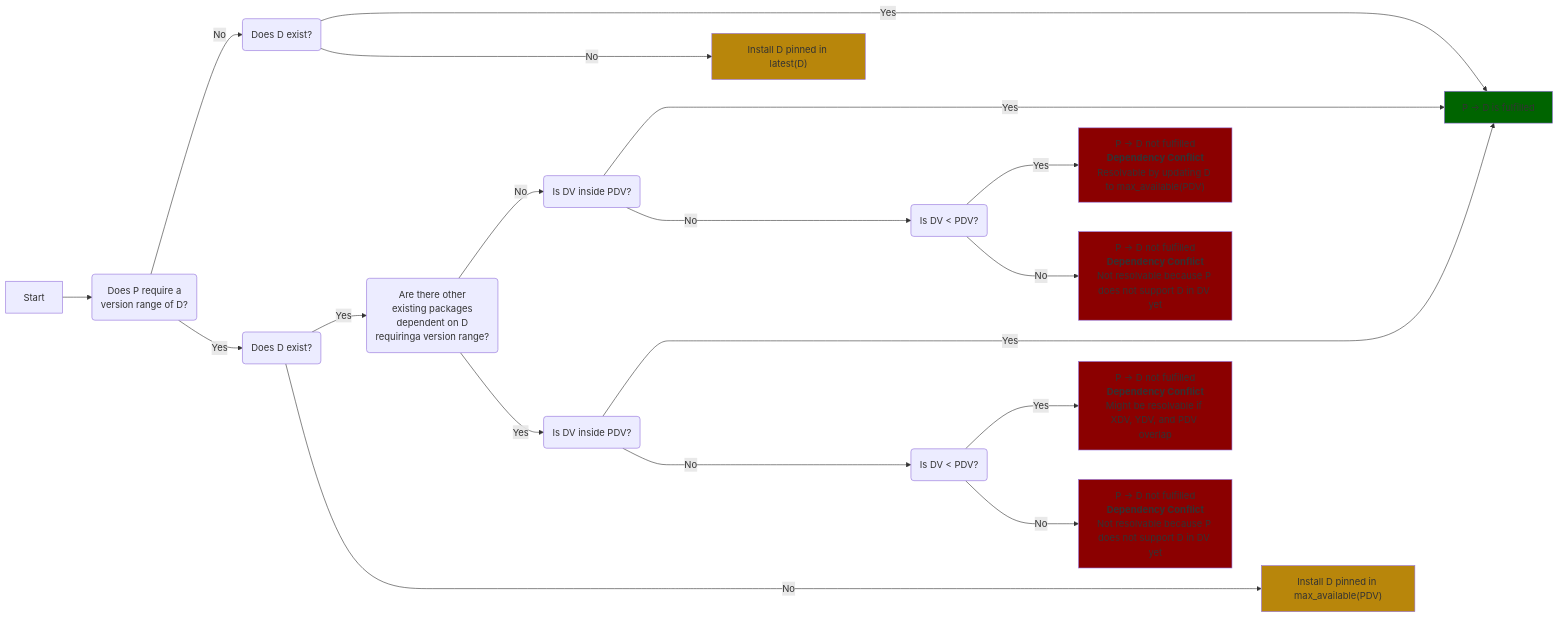
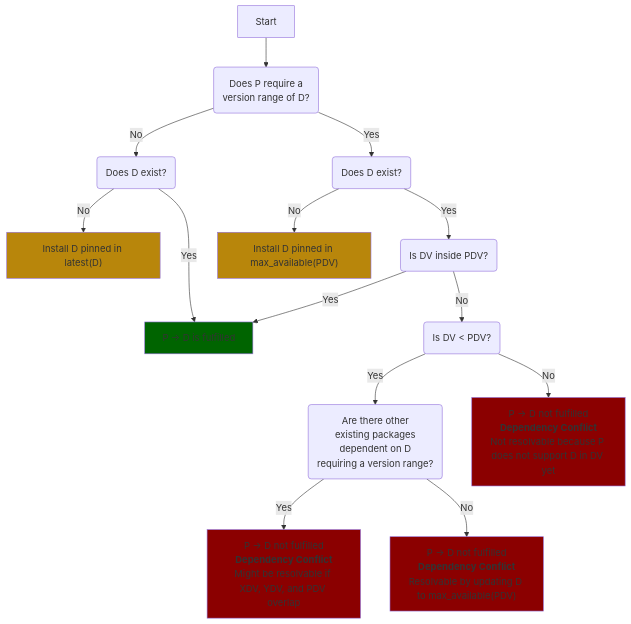
Before and after one commit to glasskube/glasskube: the diagram in website/docs/05_design/dependency-management.md, drawn with Mermaid. The commit also changed other lines of this file, not shown here.

Commit message:
docs(website): simplify dependency management diagram by reordering checks

````diff
--- a/website/docs/05_design/dependency-management.md
+++ b/website/docs/05_design/dependency-management.md
@@ -28,50 +26,25 @@
 ```mermaid
-%%{init: {'themeVariables': {'flowchart': {'useWidth': 10000} }}}%%
-flowchart LR
-
-Start --> A("Does P require a<br>version range of D?")
-
+flowchart TD
+Start --> Check_P_Req_D("Does P require a<br>version range of D?")
 %% Branch when P requires no version range of D
-
-A -->|No| B("Does D exist?")
-
-B -->|Yes| Fulfilled["P -> D is fulfilled"]
-
-B ----->|No| F["Install D pinned in latest(D)"]
-
+Check_P_Req_D -->|No| P_NoReq_D__Check_D_Exist("Does D exist?")
+P_NoReq_D__Check_D_Exist --->|Yes| State_Fulfilled["P -> D is fulfilled"]
+P_NoReq_D__Check_D_Exist -->|No| State_Install_D_latest["Install D pinned in latest(D)"]
 %% Branch when P requires D to be in version range PDV
-
-A -->|Yes| G("Does D exist?")
-
-G -->|Yes| H("Are there other<br>existing packages<br>dependent on D<br>requiringa version range?")
-
-H -->|No| I("Is DV inside PDV?")
-
-I ---->|Yes| Fulfilled
-
-I ---->|No| K("Is DV < PDV?")
-
-K --->|Yes| L["P -> D not fulfilled<br><b>Dependency Conflict</b><br>Resolvable by updating D to max_available(PDV)"]
-
-K --->|No| M["P -> D not fulfilled<br><b>Dependency Conflict</b><br>Not resolvable because P does not support D in DV yet"]
-
-H -->|Yes| N("Is DV inside PDV?")
-
-N -------->|Yes| Fulfilled
-
-N ---->|No| P("Is DV < PDV?")
-
-P --->|Yes| Q["P -> D not fulfilled<br><b>Dependency Conflict</b><br>Might be resolvable if XDV, YDV, and PDV overlap"]
-
-P --->|No| R["P -> D not fulfilled<br><b>Dependency Conflict</b><br>Not resolvable because P does not support D in DV yet"]
-
-G --------->|No| S["Install D pinned in max_available(PDV)"]
-
-style Fulfilled fill:#006400
-style F fill:#B8860B
-style S fill:#B8860B
-style L fill:#8B0000
-style M fill:#8B0000
-style Q fill:#8B0000
-style R fill:#8B0000
+Check_P_Req_D -->|Yes| P_Req_D__Check_D_Exist("Does D exist?")
+P_Req_D__Check_D_Exist -->|Yes| Check_DV_Inside_PDV("Is DV inside PDV?")
+P_Req_D__Check_D_Exist -->|No| State_Install_D_PDV["Install D pinned in max_available(PDV)"]
+Check_DV_Inside_PDV -->|Yes| State_Fulfilled
+Check_DV_Inside_PDV -->|No| Check_DV_Less_PDV("Is DV < PDV?")
+Check_DV_Less_PDV -->|Yes| Check_OtherPkgs_Req_D("Are there other<br>existing packages<br>dependent on D<br>requiring a version range?")
+Check_OtherPkgs_Req_D -->|Yes| State_Conflict_MaybeResolvable["P -> D not fulfilled<br><b>Dependency Conflict</b><br>Might be resolvable if XDV, YDV, and PDV overlap"]
+Check_OtherPkgs_Req_D -->|No| State_Conflict_Resolvable["P -> D not fulfilled<br><b>Dependency Conflict</b><br>Resolvable by updating D to max_available(PDV)"]
+Check_DV_Less_PDV -->|No| State_Conflict_NotResolvable["P -> D not fulfilled<br><b>Dependency Conflict</b><br>Not resolvable because P does not support D in DV yet"]
+%% Styling end nodes
+style State_Fulfilled fill:#006400
+style State_Install_D_latest fill:#B8860B
+style State_Install_D_PDV fill:#B8860B
+style State_Conflict_MaybeResolvable fill:#8B0000
+style State_Conflict_Resolvable fill:#8B0000
+style State_Conflict_NotResolvable fill:#8B0000
 ```
````
